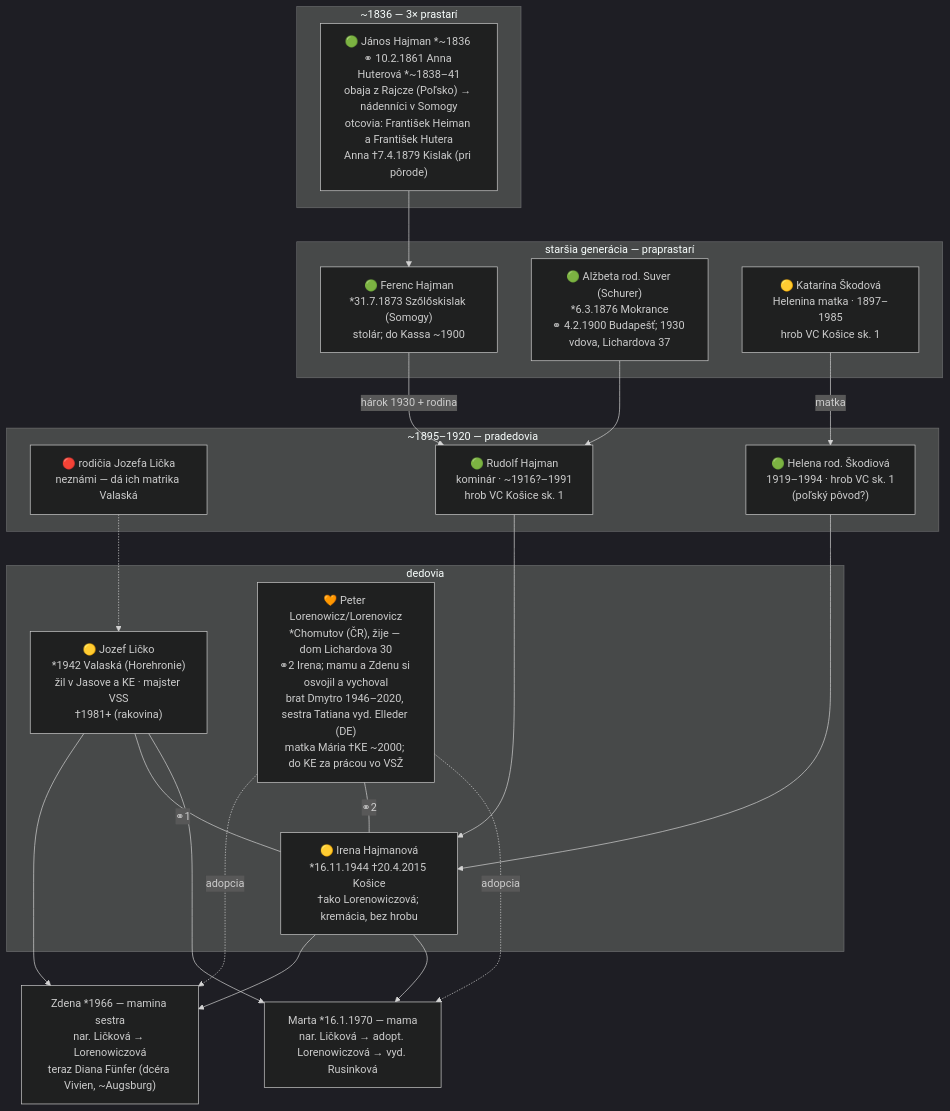
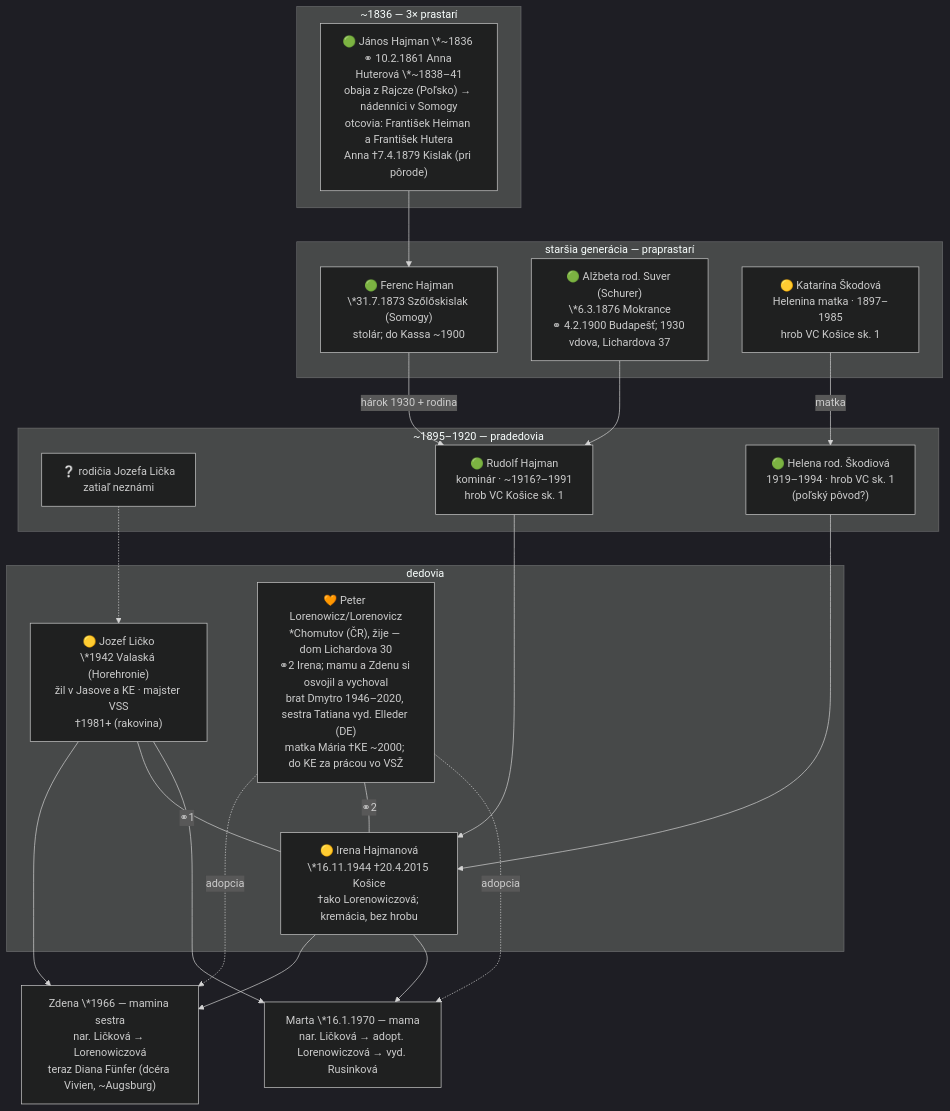
One commit to vrusi/genealogia changed the second of 6 diagrams in docs/rodokmen.md. Above: the diagram before and after it, drawn with Mermaid (dark theme). The commit also changed other lines of this file and 17 other files, not shown here.

````diff
--- a/docs/rodokmen.md
+++ b/docs/rodokmen.md
@@ -96,39 +96,39 @@
 ```mermaid
 graph TD
   subgraph mgen5["~1836 — 3× prastarí"]
-    JHAH["🟢 János Hajman *~1836 ⚭ 10.2.1861 Anna Huterová *~1838–41<br>obaja z Rajcze (Poľsko) → nádenníci v Somogy<br>otcovia: František Heiman a František Hutera<br>Anna †7.4.1879 Kislak (pri pôrode)"]
+    JHAH["🟢 János Hajman \*~1836 ⚭ 10.2.1861 Anna Huterová \*~1838–41<br>obaja z Rajcze (Poľsko) → nádenníci v Somogy<br>otcovia: František Heiman a František Hutera<br>Anna †7.4.1879 Kislak (pri pôrode)"]
   end
   subgraph mgen4["staršia generácia — praprastarí"]
-    FH["🟢 Ferenc Hajman<br>*31.7.1873 Szőlőskislak (Somogy)<br>stolár; do Kassa ~1900"]
-    ASch["🟢 Alžbeta rod. Suver (Schurer)<br>*6.3.1876 Mokrance<br>⚭ 4.2.1900 Budapešť; 1930 vdova, Lichardova 37"]
+    FH["🟢 Ferenc Hajman<br>\*31.7.1873 Szőlőskislak (Somogy)<br>stolár; do Kassa ~1900"]
+    ASch["🟢 Alžbeta rod. Suver (Schurer)<br>\*6.3.1876 Mokrance<br>⚭ 4.2.1900 Budapešť; 1930 vdova, Lichardova 37"]
     KS["🟡 Katarína Škodová<br>Helenina matka · 1897–1985<br>hrob VC Košice sk. 1"]
   end
   subgraph mgen3["~1895–1920 — pradedovia"]
-    LX["🔴 rodičia Jozefa Lička<br>neznámi — dá ich matrika Valaská"]
+    LX["❔ rodičia Jozefa Lička<br>zatiaľ neznámi"]
     RH["🟢 Rudolf Hajman<br>kominár · ~1916?–1991<br>hrob VC Košice sk. 1"]
     HS["🟢 Helena rod. Škodiová<br>1919–1994 · hrob VC sk. 1<br>(poľský pôvod?)"]
   end
   subgraph mgen2["dedovia"]
-    JL["🟡 Jozef Ličko<br>*1942 Valaská (Horehronie)<br>žil v Jasove a KE · majster VSS<br>†1981+ (rakovina)"]
-    IH["🟡 Irena Hajmanová<br>*16.11.1944 †20.4.2015 Košice<br>†ako Lorenowiczová; kremácia, bez hrobu"]
+    JL["🟡 Jozef Ličko<br>\*1942 Valaská (Horehronie)<br>žil v Jasove a KE · majster VSS<br>†1981+ (rakovina)"]
+    IH["🟡 Irena Hajmanová<br>\*16.11.1944 †20.4.2015 Košice<br>†ako Lorenowiczová; kremácia, bez hrobu"]
     PL["🧡 Peter Lorenowicz/Lorenovicz<br>*Chomutov (ČR), žije — dom Lichardova 30<br>⚭2 Irena; mamu a Zdenu si osvojil a vychoval<br>brat Dmytro 1946–2020, sestra Tatiana vyd. Elleder (DE)<br>matka Mária †KE ~2000; do KE za prácou vo VSŽ"]
   end
-  ML["Marta *16.1.1970 — mama<br>nar. Ličková → adopt. Lorenowiczová → vyd. Rusinková"]
-  ZD["Zdena *1966 — mamina sestra<br>nar. Ličková → Lorenowiczová<br>teraz Diana Fünfer (dcéra Vivien, ~Augsburg)"]
+  ML["Marta \*16.1.1970 — mama<br>nar. Ličková → adopt. Lorenowiczová → vyd. Rusinková"]
+  ZD["Zdena \*1966 — mamina sestra<br>nar. Ličková → Lorenowiczová<br>teraz Diana Fünfer (dcéra Vivien, ~Augsburg)"]
 
   JHAH --> FH
   FH -->|hárok 1930 + rodina| RH
   ASch --> RH
   KS -->|matka| HS
   JL --> ZD
   IH --> ZD
   PL -.->|adopcia| ZD
   LX -.-> JL
   RH --> IH
   HS --> IH
   JL ---|⚭1| IH
   PL ---|⚭2| IH
   JL --> ML
   IH --> ML
   PL -.->|adopcia| ML
 ```
````
